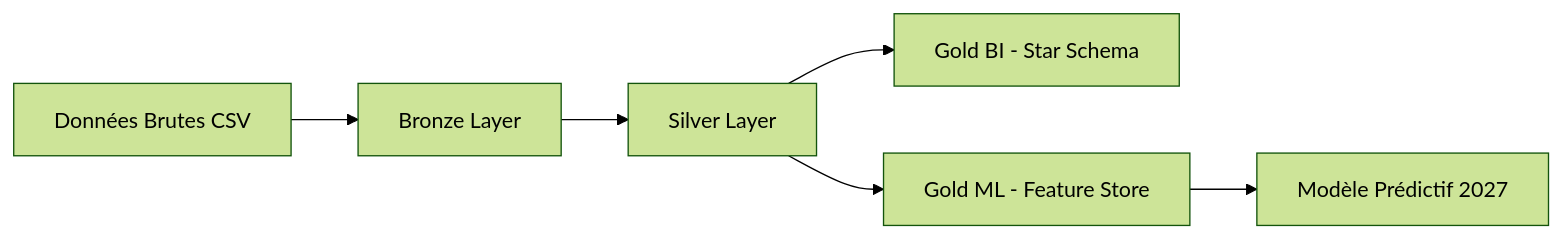
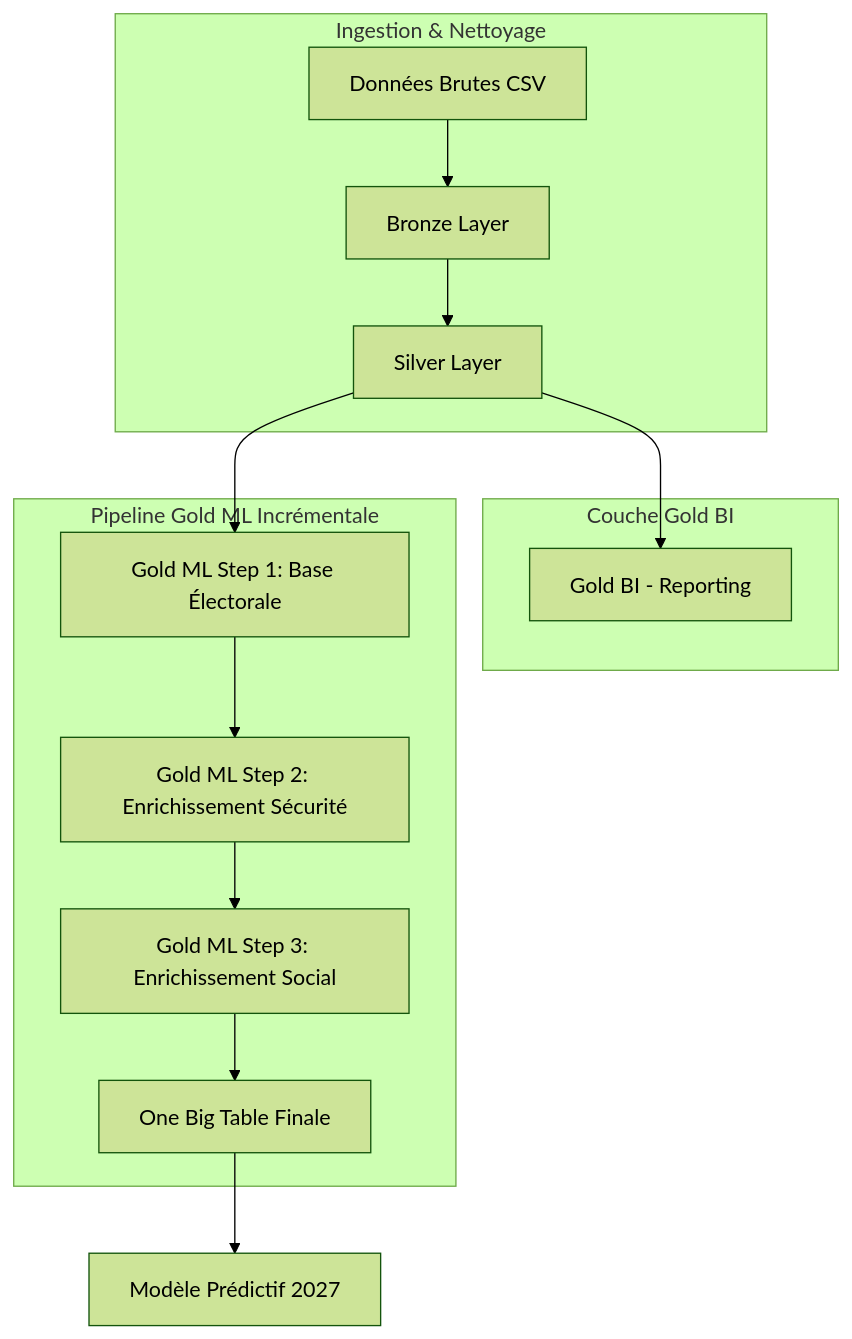
Before and after one commit to Datai-Forge/datai-forge: the diagram in docs/architecture.md, drawn with Mermaid (forest theme). The commit also changed other lines of this file and 15 other files, not shown here.

````diff
--- a/docs/architecture.md
+++ b/docs/architecture.md
@@ -35,8 +46,20 @@
 ```mermaid
-graph LR
-    RAW[Données Brutes CSV] --> B[Bronze Layer]
-    B --> S[Silver Layer]
-    S --> G_BI[Gold BI - Star Schema]
-    S --> G_ML[Gold ML - Feature Store]
-    G_ML --> MODEL[Modèle Prédictif 2027]
+graph TD
+    subgraph "Ingestion & Nettoyage"
+        RAW[Données Brutes CSV] --> B[Bronze Layer]
+        B --> S[Silver Layer]
+    end
+
+    subgraph "Couche Gold BI"
+        S --> G_BI[Gold BI - Reporting]
+    end
+
+    subgraph "Pipeline Gold ML Incrémentale"
+        S --> G1[Gold ML Step 1: Base Électorale]
+        G1 --> G2[Gold ML Step 2: Enrichissement Sécurité]
+        G2 --> G3[Gold ML Step 3: Enrichissement Social]
+        G3 --> OBT[One Big Table Finale]
+    end
+
+    OBT --> MODEL[Modèle Prédictif 2027]
 ```
````
